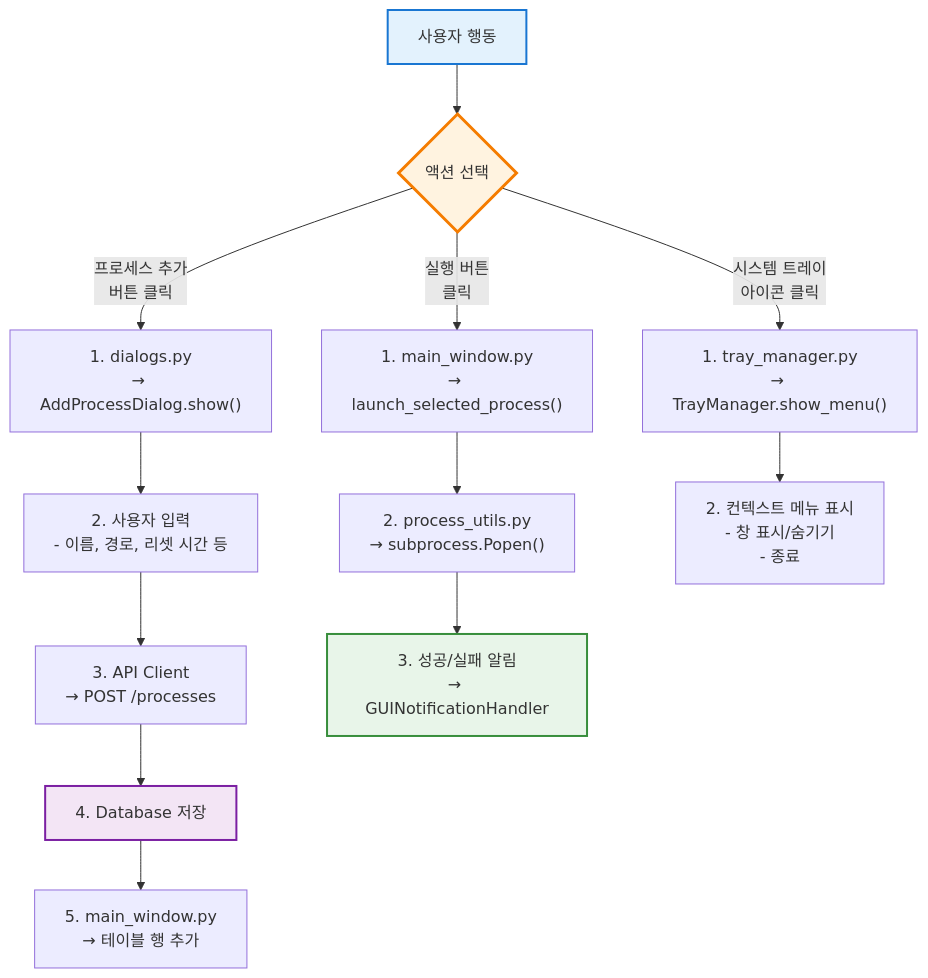
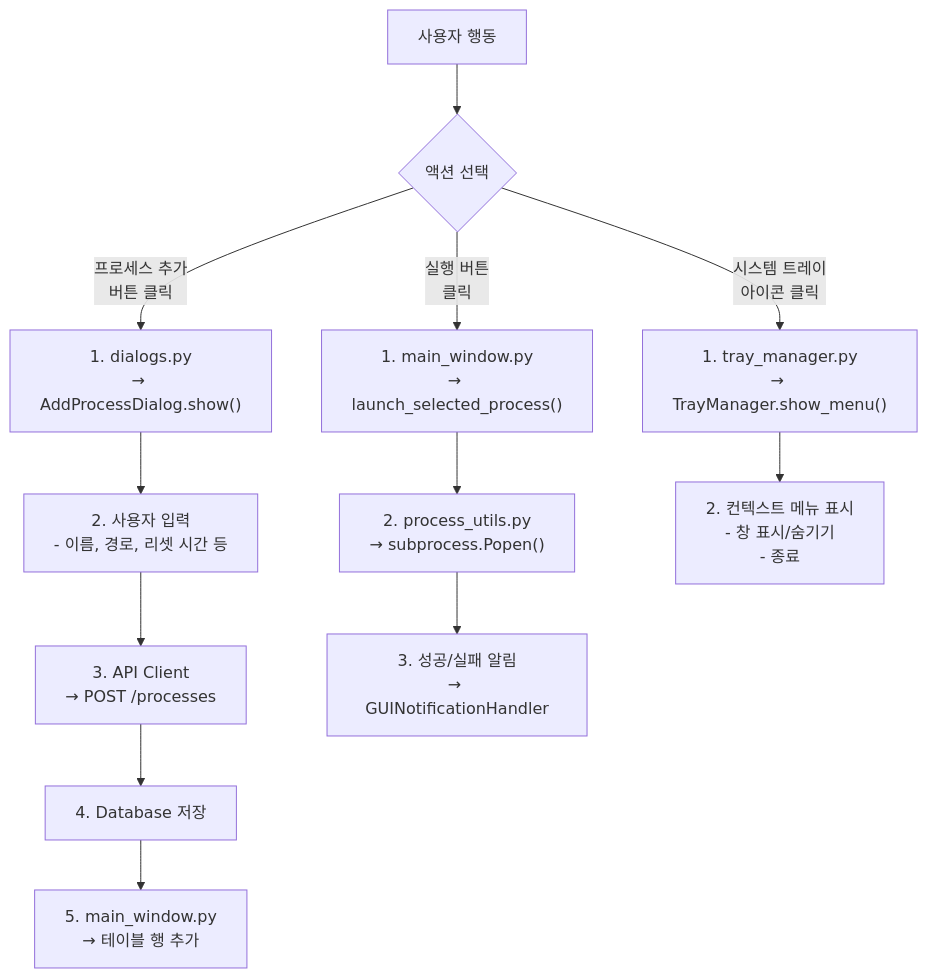
One commit to lsh930309/HomeworkHelperServer changed the seventh of 7 diagrams in docs/architecture.md. Above: the diagram before and after it, drawn with Mermaid. The commit also changed other lines of this file and 4 other files, not shown here.

First line of the commit message:
docs: 문서 통합 정리 및 Mermaid 다이어그램 개선

````diff
--- a/docs/architecture.md
+++ b/docs/architecture.md
@@ -623,22 +602,17 @@
 ```mermaid
 flowchart TD
     Start["사용자 행동"] --> Action1{액션 선택}
 
     Action1 -->|프로세스 추가<br/>버튼 클릭| Add1["1. dialogs.py<br/>→ AddProcessDialog.show()"]
     Add1 --> Add2["2. 사용자 입력<br/>- 이름, 경로, 리셋 시간 등"]
     Add2 --> Add3["3. API Client<br/>→ POST /processes"]
     Add3 --> Add4["4. Database 저장"]
     Add4 --> Add5["5. main_window.py<br/>→ 테이블 행 추가"]
 
     Action1 -->|실행 버튼<br/>클릭| Launch1["1. main_window.py<br/>→ launch_selected_process()"]
     Launch1 --> Launch2["2. process_utils.py<br/>→ subprocess.Popen()"]
     Launch2 --> Launch3["3. 성공/실패 알림<br/>→ GUINotificationHandler"]
 
     Action1 -->|시스템 트레이<br/>아이콘 클릭| Tray1["1. tray_manager.py<br/>→ TrayManager.show_menu()"]
     Tray1 --> Tray2["2. 컨텍스트 메뉴 표시<br/>- 창 표시/숨기기<br/>- 종료"]
-
-    style Start fill:#e3f2fd,stroke:#1976d2,stroke-width:2px
-    style Action1 fill:#fff3e0,stroke:#f57c00,stroke-width:3px
-    style Add4 fill:#f3e5f5,stroke:#7b1fa2,stroke-width:2px
-    style Launch3 fill:#e8f5e9,stroke:#388e3c,stroke-width:2px
 ```
````
